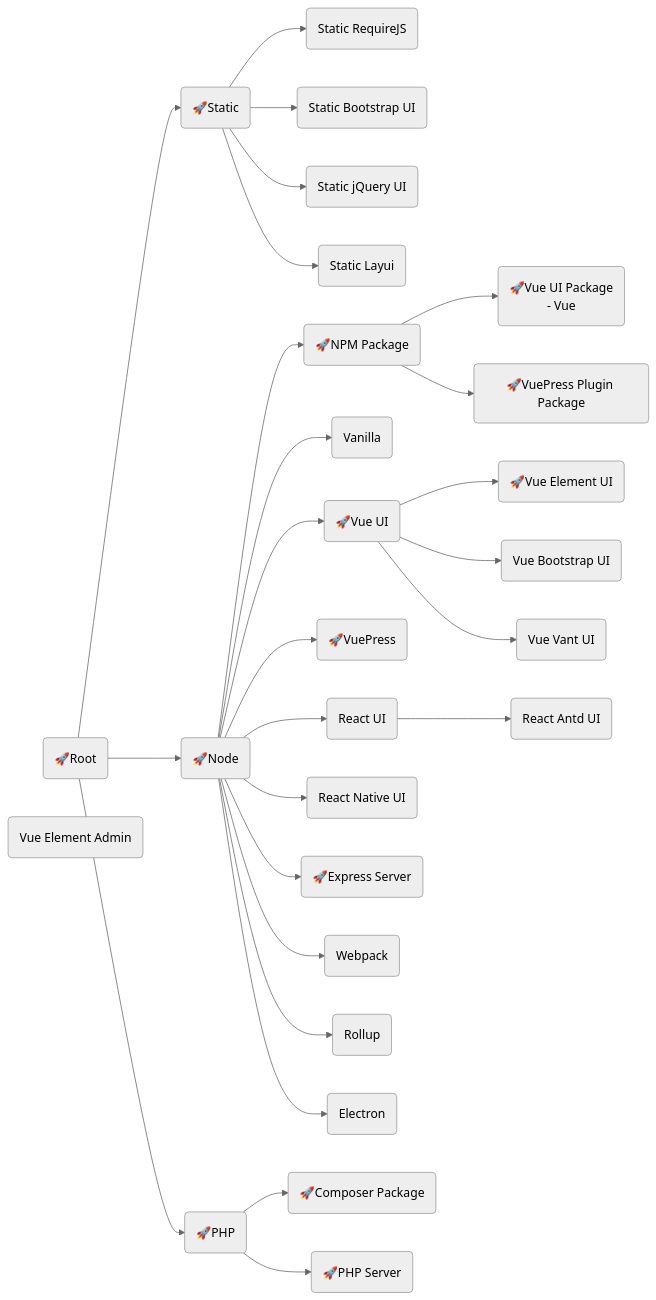
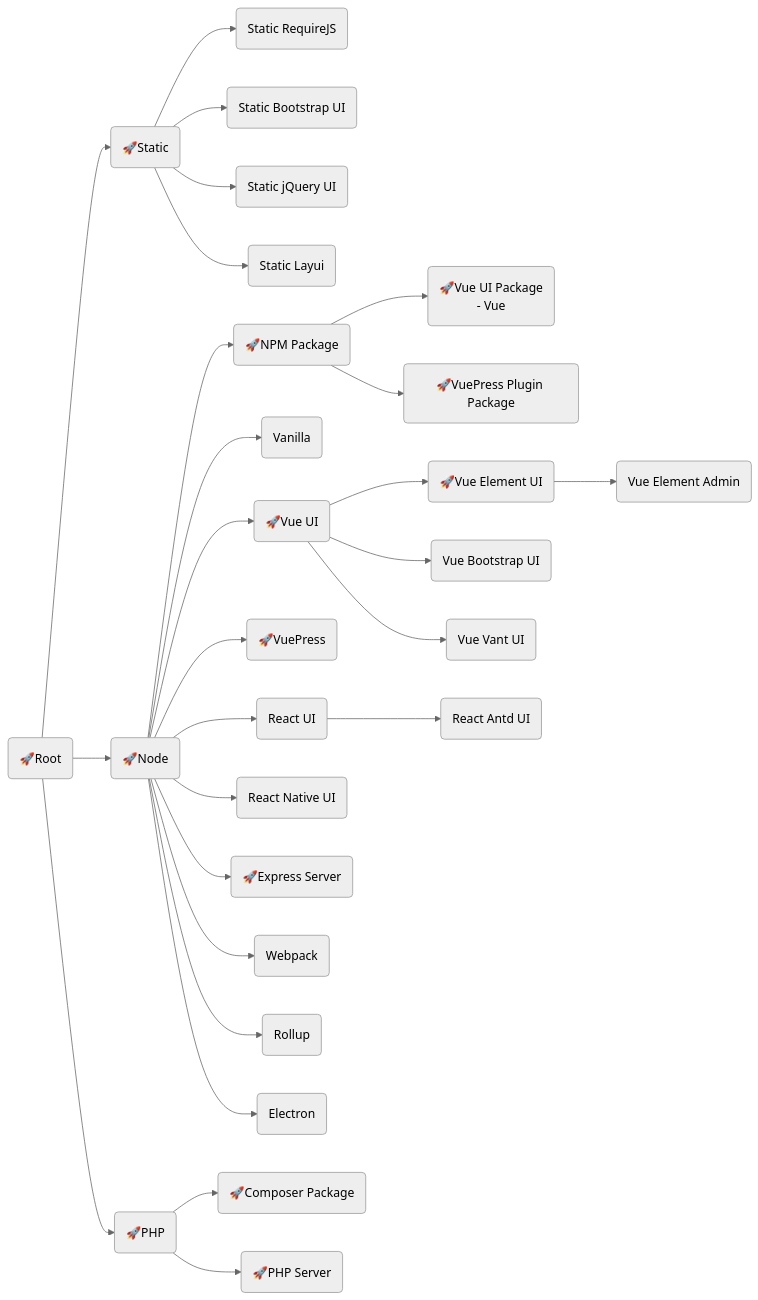
Before and after one commit to langnang-templates/.github: the diagram in profile/README.md, drawn with Mermaid (neutral theme).

````diff
--- a/profile/README.md
+++ b/profile/README.md
@@ -1,45 +1,45 @@
 ```mermaid
 flowchart LR
 Root("🚀Root")
 	click Root "https://github.com/langnang-temp/root"
 
 Root-->Static("🚀Static")
 	click Static "https://github.com/langnang-temp/static"
 	Static-->Static_RequireJS("Static RequireJS")
 	Static-->Static_Bootstrap_UI("Static Bootstrap UI")
 	Static-->Static_jQuery_UI("Static jQuery UI")
 	Static-->Static_Layui("Static Layui")
 Root-->Node("🚀Node")
 	click Node "https://github.com/langnang-temp/node"
 	Node-->NPM_Package("🚀NPM Package")
 		click NPM_Package "https://github.com/langnang-temp/npm-package"
 		NPM_Package-->Vue_UI_Package("🚀Vue UI Package \n- Vue ")
 			click Vue_UI_Package "https://github.com/langnang-temp/vue-ui-package"
 		NPM_Package-->VuePress_Plugin_Package("🚀VuePress Plugin Package")
 			click VuePress_Plugin_Package "https://github.com/langnang-temp/vuepress-plugin-package"
 	Node-->Vanilla("Vanilla")
 	Node-->Vue_UI("🚀Vue UI")
 		click Vue_UI "https://github.com/langnang-temp/vue-ui"
 		Vue_UI-->Vue_Element_UI("🚀Vue Element UI")
 			click Vue_Element_UI "https://github.com/langnang-temp/vue-element-ui"
-			Vue_Element_Admin("Vue Element Admin")
+			Vue_Element_UI-->Vue_Element_Admin("Vue Element Admin")
 		Vue_UI-->Vue_Bootstrap_UI("Vue Bootstrap UI")
 		Vue_UI-->Vue_Vant_UI("Vue Vant UI")
 	Node-->VuePress("🚀VuePress")
 		click VuePress "https://github.com/langnang-temp/vuepress"
 	Node-->React_UI("React UI")
 		React_UI-->React_Antd_UI("React Antd UI")
 	Node-->React_Native_UI("React Native UI")
 	Node-->Express_Server("🚀Express Server")
 		click Express_Server "https://github.com/langnang-temp/express-server"
 	Node-->Webpack("Webpack")
 	Node-->Rollup("Rollup")
 	Node-->Electron("Electron")
 
 Root-->PHP("🚀PHP")
 	click PHP "https://github.com/langnang-temp/php"
 	PHP-->Composer_Package("🚀Composer Package")
 	click Composer_Package "https://github.com/langnang-temp/composer-package"
 	PHP-->PHP_Server("🚀PHP Server")
 		click PHP_Server "https://github.com/langnang-temp/php-server"
 ```
````
